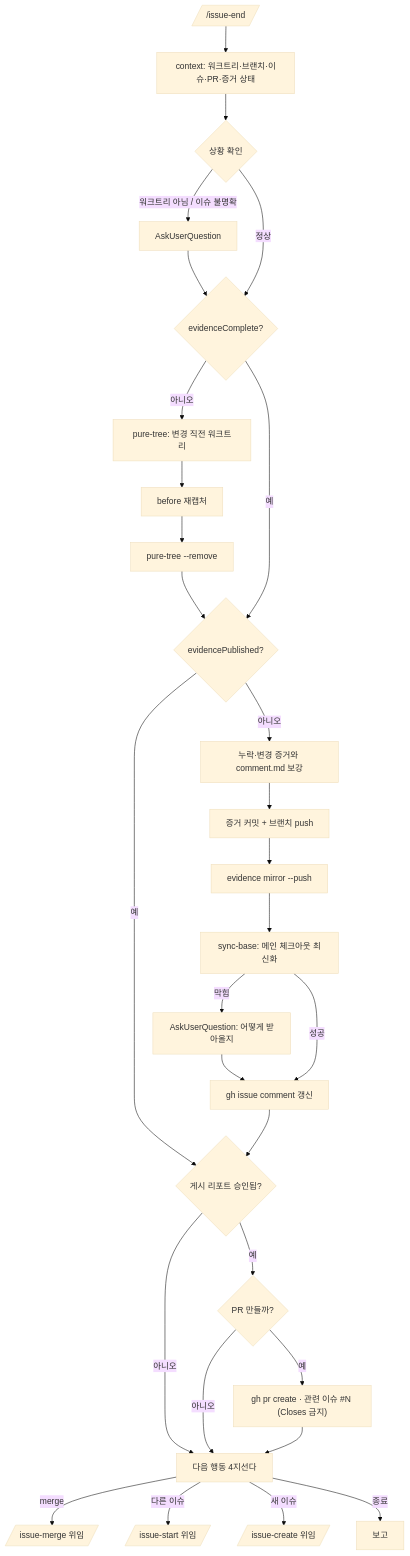
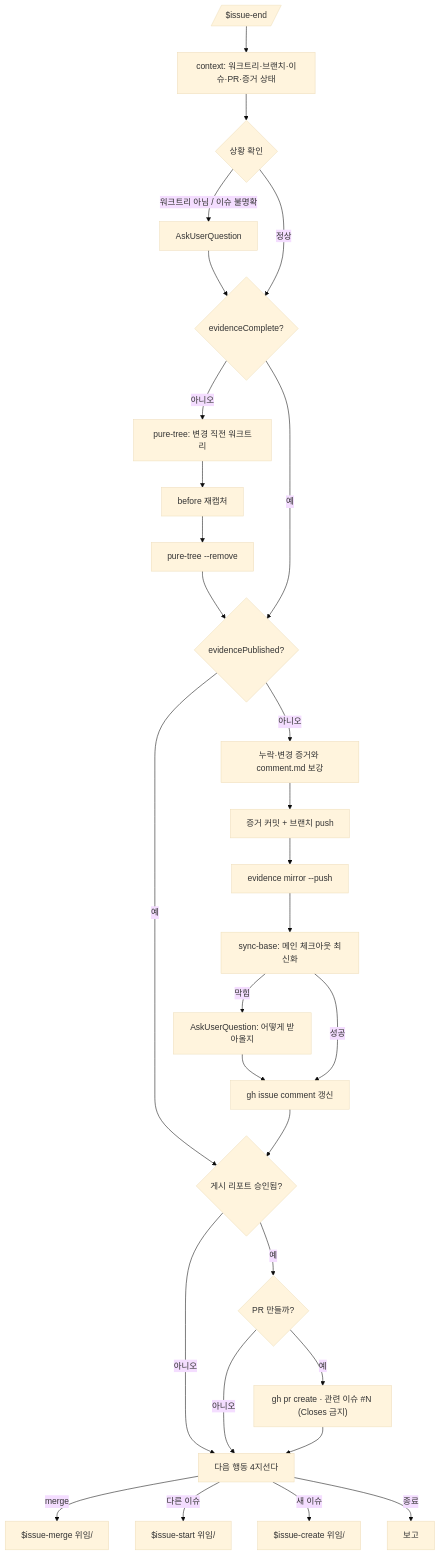
Before and after one commit to Mineru98/skills-store: the diagram in .claude/skills/issue-end/SKILL.md, drawn with Mermaid (base theme). The commit also changed other lines of this file and 33 other files, not shown here.

````diff
--- a/.claude/skills/issue-end/SKILL.md
+++ b/.claude/skills/issue-end/SKILL.md
@@ -141,29 +141,29 @@
 ```mermaid
 flowchart TD
-    A[/"/issue-end"/] --> B[context: 워크트리·브랜치·이슈·PR·증거 상태]
+    A[/"$issue-end"/] --> B[context: 워크트리·브랜치·이슈·PR·증거 상태]
     B --> C{상황 확인}
     C -- 워크트리 아님 / 이슈 불명확 --> C1[AskUserQuestion] --> D
     C -- 정상 --> D{evidenceComplete?}
 
     D -- 아니오 --> E1[pure-tree: 변경 직전 워크트리]
     E1 --> E2[before 재캡처] --> E3[pure-tree --remove] --> F
     D -- 예 --> F{evidencePublished?}
 
     F -- 아니오 --> G[누락·변경 증거와 comment.md 보강]
     G --> H[증거 커밋 + 브랜치 push]
     H --> I[evidence mirror --push]
     I --> I1[sync-base: 메인 체크아웃 최신화]
     I1 -- 막힘 --> I2[AskUserQuestion: 어떻게 받아올지] --> J
     I1 -- 성공 --> J[gh issue comment 갱신]
     F -- 예 --> K{게시 리포트 승인됨?}
     J --> K
     K -- 아니오 --> N
     K -- 예 --> L{PR 만들까?}
     L -- 예 --> M["gh pr create · 관련 이슈 #N (Closes 금지)"]
     L -- 아니오 --> N
     M --> N[다음 행동 4지선다]
-    N -->|merge| O[/issue-merge 위임/]
-    N -->|다른 이슈| P[/issue-start 위임/]
-    N -->|새 이슈| Q[/issue-create 위임/]
+    N -->|merge| O[$issue-merge 위임/]
+    N -->|다른 이슈| P[$issue-start 위임/]
+    N -->|새 이슈| Q[$issue-create 위임/]
     N -->|종료| R[보고]
 ```
````
